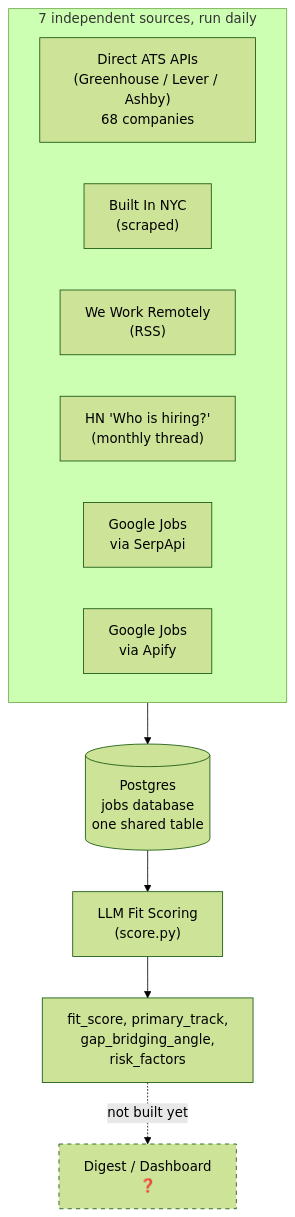
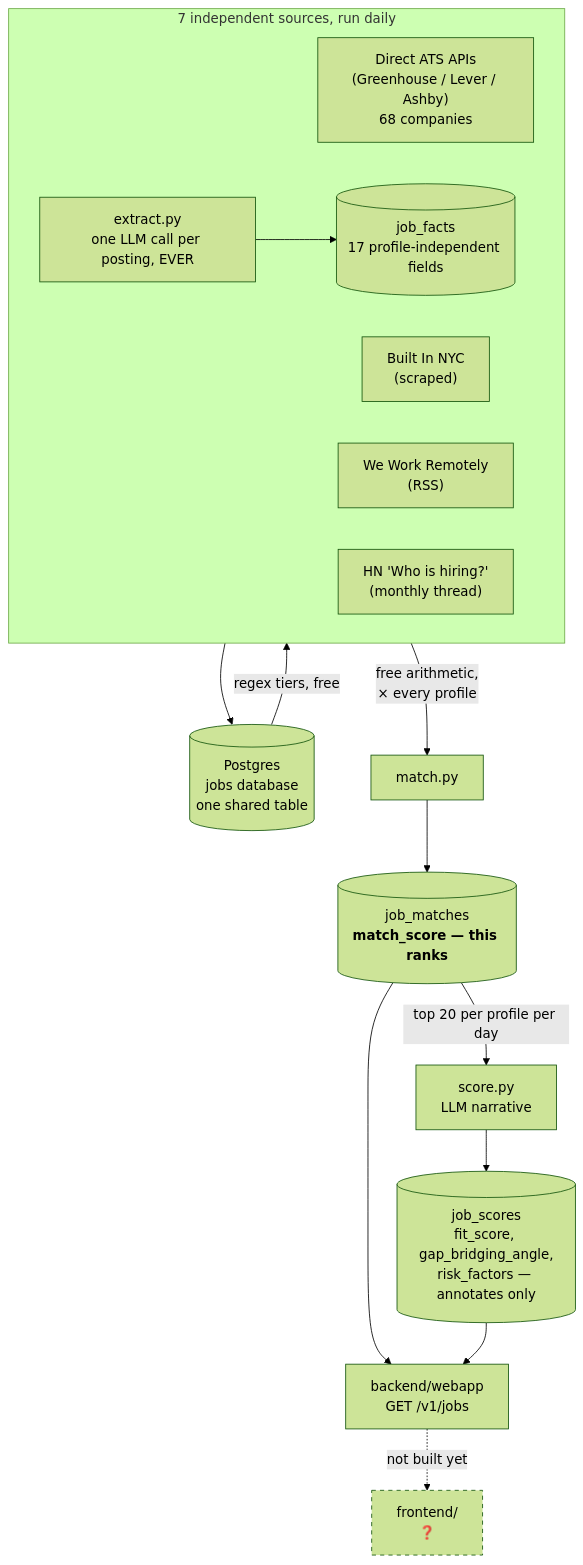
The first of 3 diagrams in backend/docs/OVERVIEW.md (liueric-dev/jobs), drawn with Mermaid (forest theme) before and after one commit. The commit also changed other lines of this file and 10 other files, not shown here.

````diff
--- a/backend/docs/OVERVIEW.md
+++ b/backend/docs/OVERVIEW.md
@@ -17,19 +17,27 @@
 ```mermaid
 flowchart TB
     subgraph Sources["7 independent sources, run daily"]
         direction LR
         A["Direct ATS APIs<br/>(Greenhouse / Lever / Ashby)<br/>68 companies"]
         B["Built In NYC<br/>(scraped)"]
         C["We Work Remotely<br/>(RSS)"]
         D["HN 'Who is hiring?'<br/>(monthly thread)"]
         E["Google Jobs<br/>via SerpApi"]
         F["Google Jobs<br/>via Apify"]
     end
 
     Sources --> G[("Postgres<br/>jobs database<br/>one shared table")]
-    G --> H["LLM Fit Scoring<br/>(score.py)"]
-    H --> I["fit_score, primary_track,<br/>gap_bridging_angle,<br/>risk_factors"]
-    I -.->|"not built yet"| J["Digest / Dashboard<br/>❓"]
+
+    G -->|"regex tiers, free"| E["extract.py<br/>one LLM call per posting, EVER"]
+    E --> F[("job_facts<br/>17 profile-independent fields")]
+    F -->|"free arithmetic,<br/>× every profile"| M["match.py"]
+    M --> MM[("job_matches<br/><b>match_score — this ranks</b>")]
+    MM -->|"top 20 per profile per day"| S["score.py<br/>LLM narrative"]
+    S --> SS[("job_scores<br/>fit_score, gap_bridging_angle,<br/>risk_factors — annotates only")]
+
+    MM --> W["backend/webapp<br/>GET /v1/jobs"]
+    SS --> W
+    W -.->|"not built yet"| J["frontend/<br/>❓"]
 
     style J stroke-dasharray: 5 5
 ```
````
